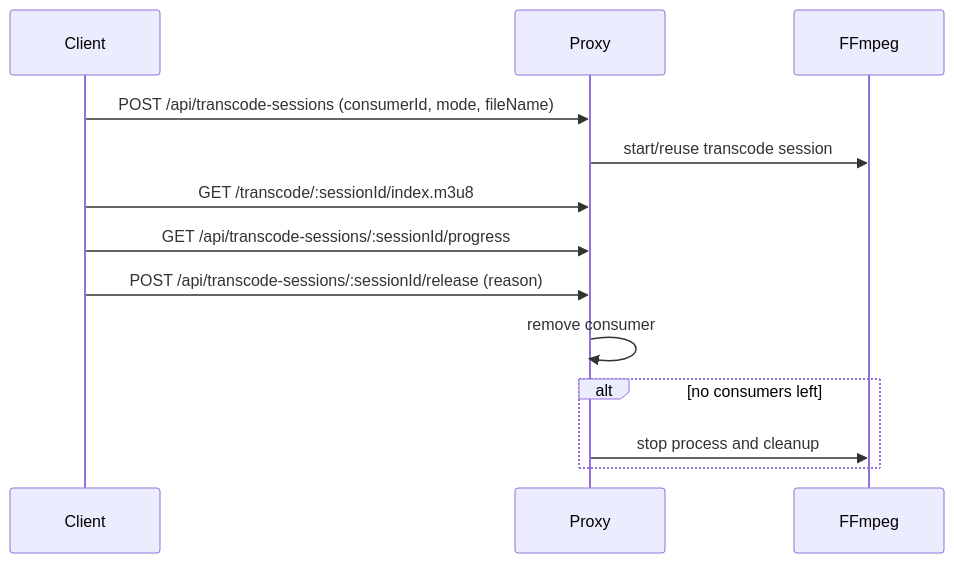
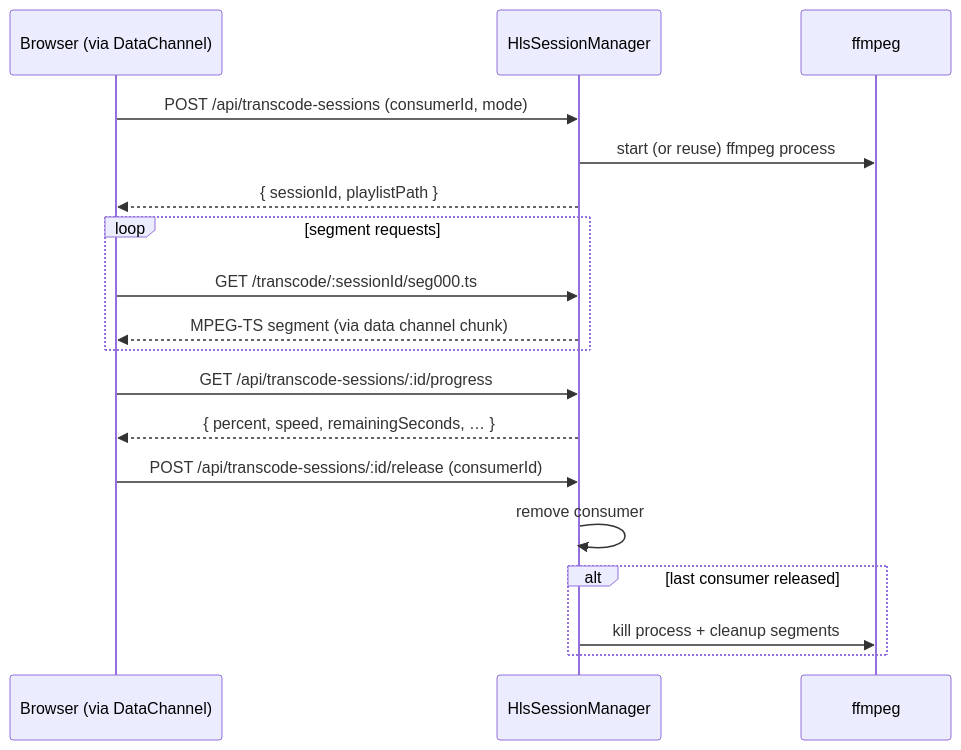
One commit to torrent-tv/proxy changed the third of 4 diagrams in README.md. Above: the diagram before and after it, drawn with Mermaid. The commit also changed other lines of this file and 8 other files, not shown here.

````diff
--- a/README.md
+++ b/README.md
@@ -200,16 +129,24 @@
 ```mermaid
 sequenceDiagram
-  participant C as Client
-  participant P as Proxy
-  participant F as FFmpeg
+  participant B as Browser (via DataChannel)
+  participant H as HlsSessionManager
+  participant F as ffmpeg
 
-  C->>P: POST /api/transcode-sessions (consumerId, mode, fileName)
-  P->>F: start/reuse transcode session
-  C->>P: GET /transcode/:sessionId/index.m3u8
-  C->>P: GET /api/transcode-sessions/:sessionId/progress
-  C->>P: POST /api/transcode-sessions/:sessionId/release (reason)
-  P->>P: remove consumer
-  alt no consumers left
-    P->>F: stop process and cleanup
+  B->>H: POST /api/transcode-sessions (consumerId, mode)
+  H->>F: start (or reuse) ffmpeg process
+  H-->>B: { sessionId, playlistPath }
+
+  loop segment requests
+    B->>H: GET /transcode/:sessionId/seg000.ts
+    H-->>B: MPEG-TS segment (via data channel chunk)
+  end
+
+  B->>H: GET /api/transcode-sessions/:id/progress
+  H-->>B: { percent, speed, remainingSeconds, … }
+
+  B->>H: POST /api/transcode-sessions/:id/release (consumerId)
+  H->>H: remove consumer
+  alt last consumer released
+    H->>F: kill process + cleanup segments
   end
 ```
````
